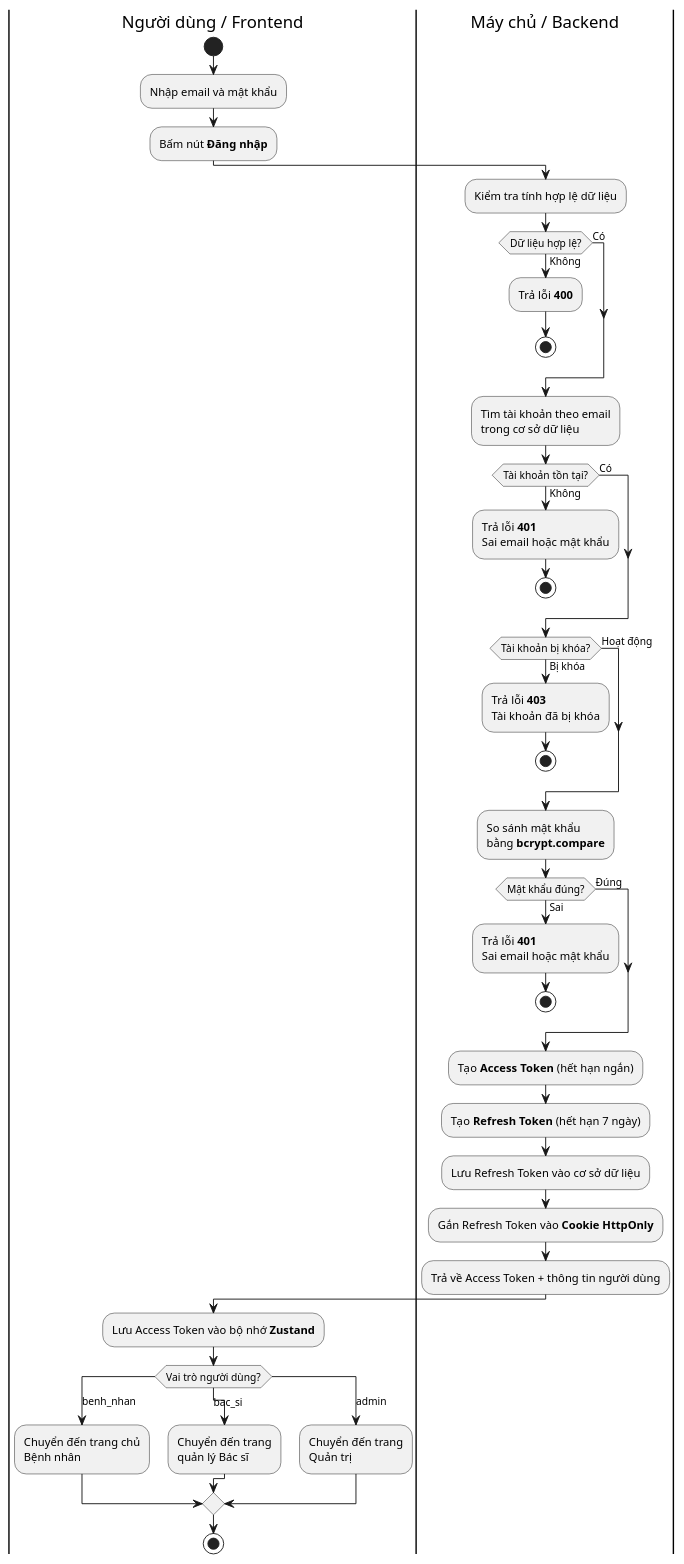
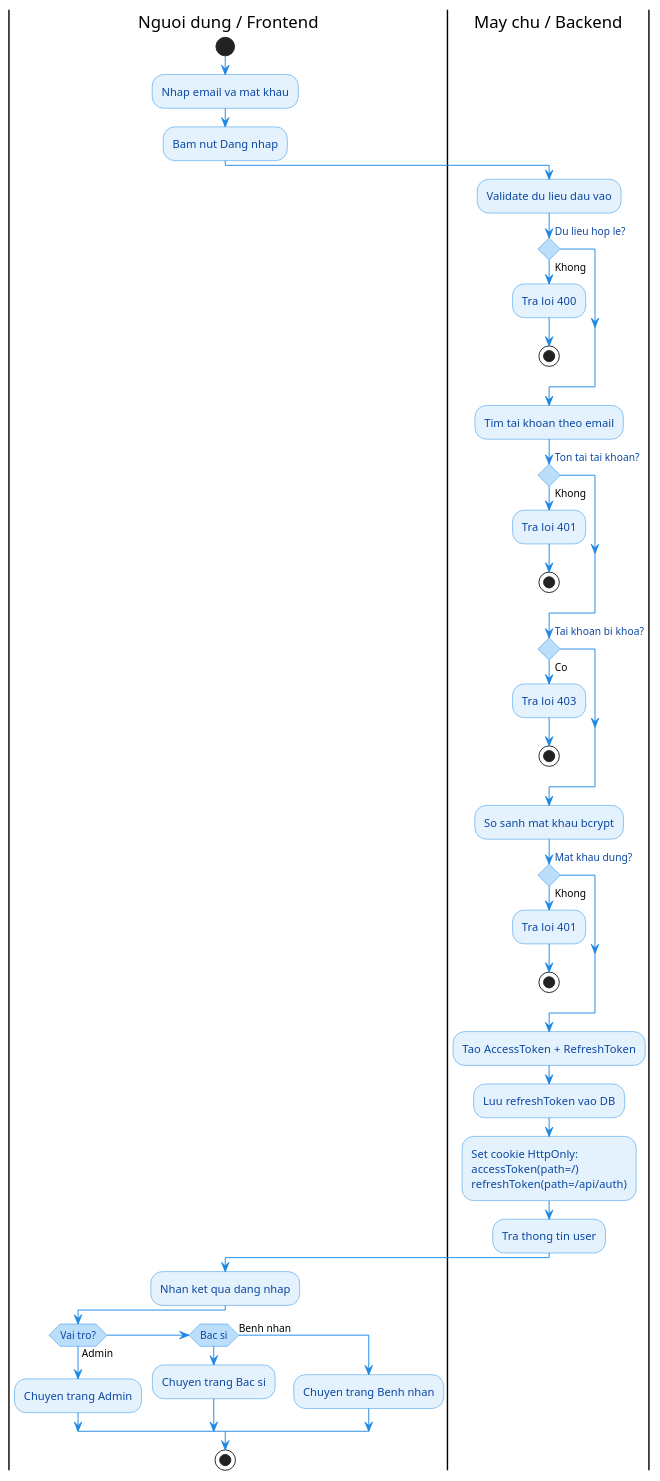
One commit to yqhuouc/HealthCare changed the diagram in server/doc/diagrams/ACT_01_DangNhap.puml. Above: the diagram before and after it, drawn with PlantUML. The commit also changed 39 other files, not shown here.

Commit message:
docs: add comprehensive UML class, use case, and activity diagrams for clinic system domain

```diff
--- a/server/doc/diagrams/ACT_01_DangNhap.puml
+++ b/server/doc/diagrams/ACT_01_DangNhap.puml
@@ -1,54 +1,69 @@
 @startuml Activity_DangNhap
-|Người dùng / Frontend|
+
+skinparam shadowing false
+skinparam backgroundColor white
+skinparam conditionStyle diamond
+skinparam ConditionEndStyle hline
+
+skinparam activity {
+  BackgroundColor #E3F2FD
+  BorderColor #1E88E5
+  FontColor #0D47A1
+  RoundCorner 15
+}
+
+skinparam activityDiamondBackgroundColor #BBDEFB
+skinparam activityDiamondBorderColor #1E88E5
+skinparam activityDiamondFontColor #0D47A1
+skinparam ArrowColor #1E88E5
+
+|Nguoi dung / Frontend|
 start
-:Nhập email và mật khẩu;
-:Bấm nút **Đăng nhập**;
+:Nhap email va mat khau;
+:Bam nut Dang nhap;
 
-|Máy chủ / Backend|
-:Kiểm tra tính hợp lệ dữ liệu;
-if (Dữ liệu hợp lệ?) then (Không)
-  :Trả lỗi **400**;
+|May chu / Backend|
+:Validate du lieu dau vao;
+
+if (Du lieu hop le?) then (Khong)
+  :Tra loi 400;
   stop
-else (Có)
 endif
 
-:Tìm tài khoản theo email\ntrong cơ sở dữ liệu;
-if (Tài khoản tồn tại?) then (Không)
-  :Trả lỗi **401**\nSai email hoặc mật khẩu;
+:Tim tai khoan theo email;
+
+if (Ton tai tai khoan?) then (Khong)
+  :Tra loi 401;
   stop
-else (Có)
 endif
 
-if (Tài khoản bị khóa?) then (Bị khóa)
-  :Trả lỗi **403**\nTài khoản đã bị khóa;
+if (Tai khoan bi khoa?) then (Co)
+  :Tra loi 403;
   stop
-else (Hoạt động)
 endif
 
-:So sánh mật khẩu\nbằng **bcrypt.compare**;
-if (Mật khẩu đúng?) then (Sai)
-  :Trả lỗi **401**\nSai email hoặc mật khẩu;
+:So sanh mat khau bcrypt;
+
+if (Mat khau dung?) then (Khong)
+  :Tra loi 401;
   stop
-else (Đúng)
 endif
 
-:Tạo **Access Token** (hết hạn ngắn);
-:Tạo **Refresh Token** (hết hạn 7 ngày);
-:Lưu Refresh Token vào cơ sở dữ liệu;
-:Gắn Refresh Token vào **Cookie HttpOnly**;
-:Trả về Access Token + thông tin người dùng;
+:Tao AccessToken + RefreshToken;
+:Luu refreshToken vao DB;
+:Set cookie HttpOnly:\naccessToken(path=/)\nrefreshToken(path=/api/auth);
+:Tra thong tin user;
 
-|Người dùng / Frontend|
-:Lưu Access Token vào bộ nhớ **Zustand**;
+|Nguoi dung / Frontend|
+:Nhan ket qua dang nhap;
 
-switch (Vai trò người dùng?)
-case (benh_nhan)
-  :Chuyển đến trang chủ\nBệnh nhân;
-case (bac_si)
-  :Chuyển đến trang\nquản lý Bác sĩ;
-case (admin)
-  :Chuyển đến trang\nQuản trị;
-endswitch
+if (Vai tro?) then (Admin)
+  :Chuyen trang Admin;
+elseif (Bac si)
+  :Chuyen trang Bac si;
+else (Benh nhan)
+  :Chuyen trang Benh nhan;
+endif
 
 stop
 @enduml
```
